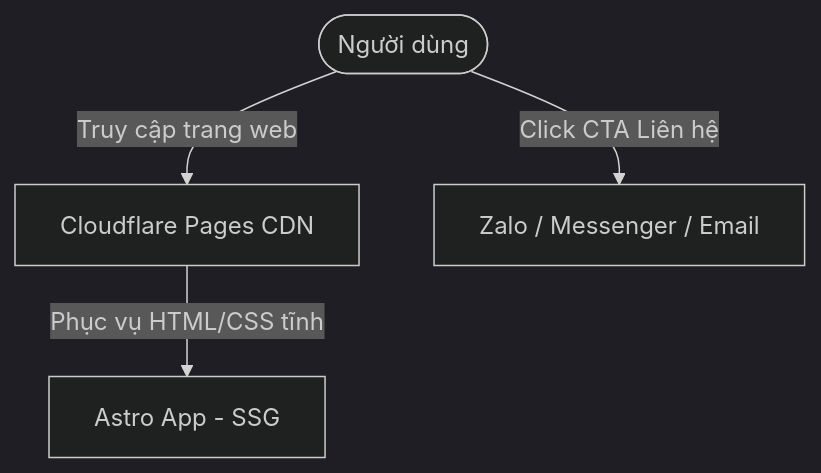
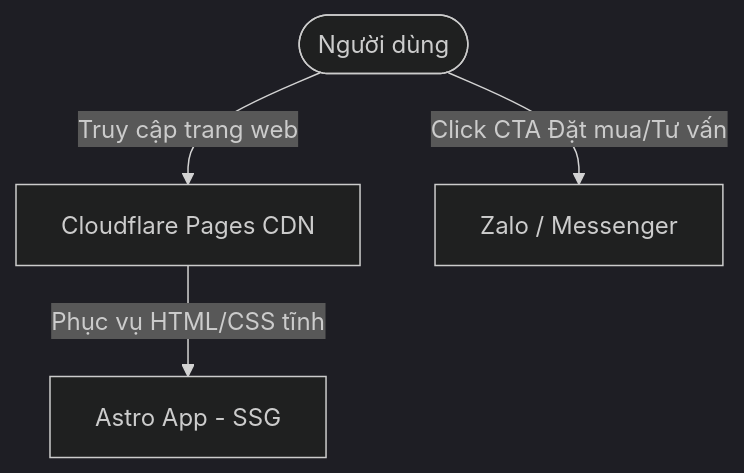
Before and after one commit to leanhbang-cloud/in3d.help: the diagram in .agents/context/ARCHITECTURE.md, drawn with Mermaid (dark theme). The commit also changed other lines of this file and 4 other files, not shown here.

````diff
--- a/.agents/context/ARCHITECTURE.md
+++ b/.agents/context/ARCHITECTURE.md
@@ -11,6 +11,6 @@
 ```mermaid
 graph TD
     User([Người dùng]) -->|Truy cập trang web| CF[Cloudflare Pages CDN]
     CF -->|Phục vụ HTML/CSS tĩnh| Astro[Astro App - SSG]
-    User -->|Click CTA Liên hệ| Contacts[Zalo / Messenger / Email]
+    User -->|Click CTA Đặt mua/Tư vấn| Contacts[Zalo / Messenger]
 ```
````
